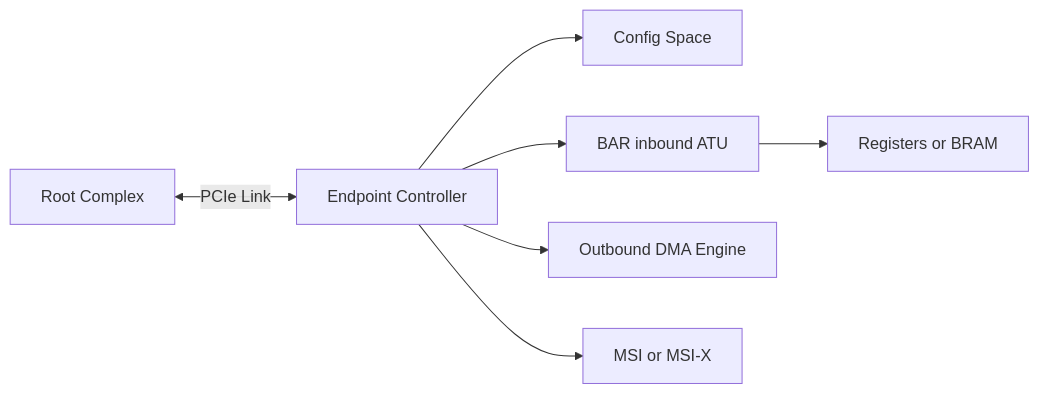
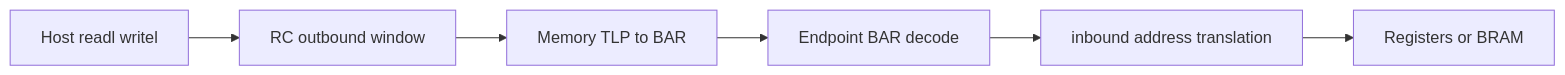
One commit to cdragon-ljl/EEandEdgeAI changed the third of 3 diagrams in docs/articles/pcie/pci-11-pcie-endpoint-hardware-link-bring-up.md. Above: the diagram before and after it, drawn with Mermaid. The commit also changed other lines of this file and 7 other files, not shown here.

````diff
--- a/docs/articles/pcie/pci-11-pcie-endpoint-hardware-link-bring-up.md
+++ b/docs/articles/pcie/pci-11-pcie-endpoint-hardware-link-bring-up.md
@@ -22,9 +93,8 @@
 ```mermaid
 flowchart LR
-    HOST[Root Complex] <-->|PCIe Link| EP[Endpoint Controller]
-    EP --> CFG[Config Space]
-    EP --> IN[BAR inbound ATU]
-    IN --> REG[Registers or BRAM]
-    EP --> DMA[Outbound DMA Engine]
-    EP --> MSI[MSI or MSI-X]
+    CPU[Host readl writel] --> RC[RC outbound window]
+    RC --> TLP[Memory TLP to BAR]
+    TLP --> EP[Endpoint BAR decode]
+    EP --> ATU[inbound address translation]
+    ATU --> REG[Registers or BRAM]
 ```
````
